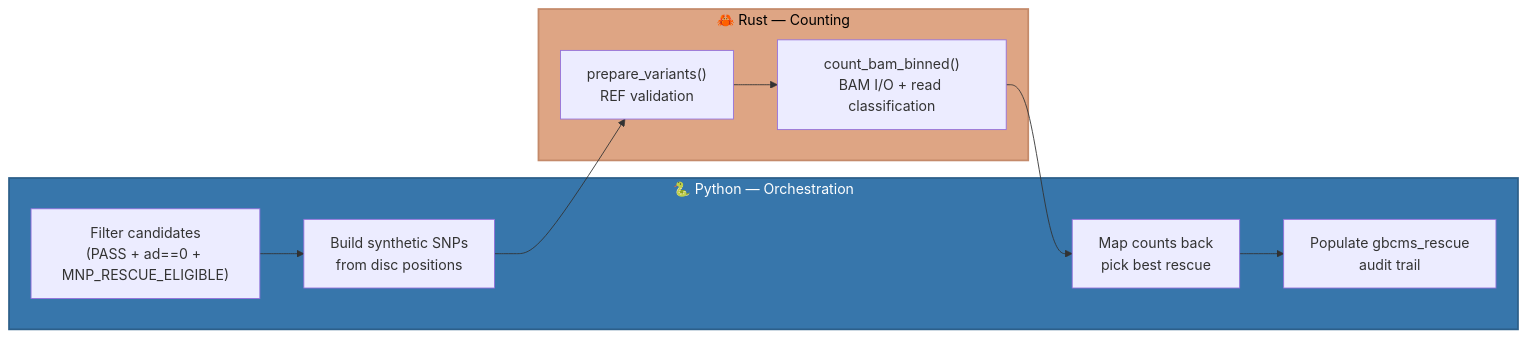
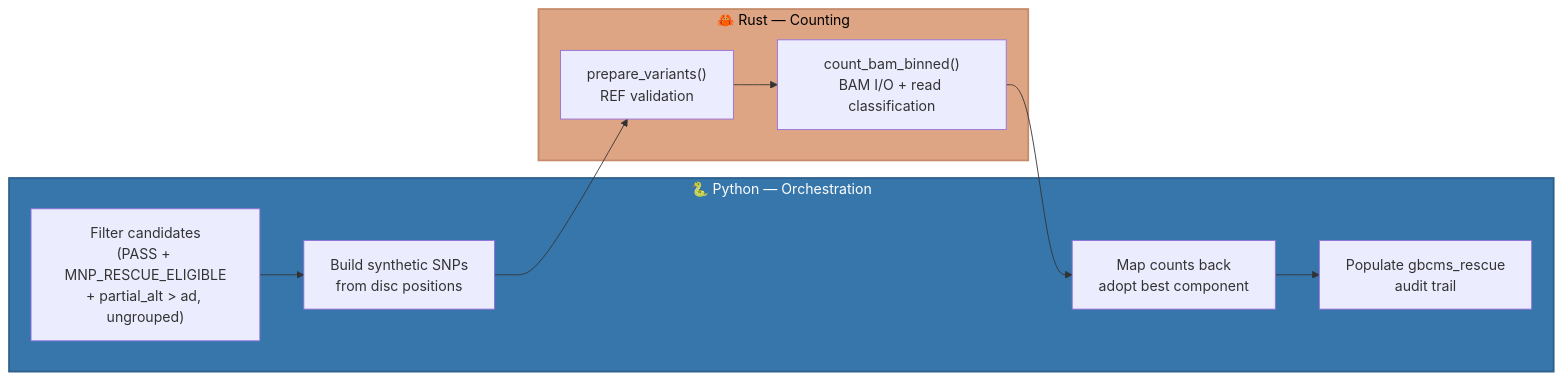
The seventh of 7 diagrams in docs/reference/architecture.md (msk-access/gbcms), drawn with Mermaid before and after one commit. The commit also changed other lines of this file and 10 other files, not shown here.

First line of the commit message:
docs(rescue): document the partial-dominance gate, row adoption and audit format

````diff
--- a/docs/reference/architecture.md
+++ b/docs/reference/architecture.md
@@ -345,23 +349,23 @@
 ```mermaid
 flowchart LR
     subgraph Python ["🐍 Python — Orchestration"]
-        Filter["Filter candidates\n(PASS + ad==0 + MNP_RESCUE_ELIGIBLE)"]
+        Filter["Filter candidates\n(PASS + MNP_RESCUE_ELIGIBLE\n+ partial_alt > ad, ungrouped)"]
         Build["Build synthetic SNPs\nfrom disc positions"]
-        Map["Map counts back\npick best rescue"]
+        Map["Map counts back\nadopt best component"]
         Audit["Populate gbcms_rescue\naudit trail"]
     end
 
     subgraph Rust ["🦀 Rust — Counting"]
         Prepare["prepare_variants()\nREF validation"]
         Count["count_bam_binned()\nBAM I/O + read classification"]
     end
 
     Filter --> Build --> Prepare
     Prepare --> Count
     Count --> Map --> Audit
 
     classDef pythonStyle fill:#3776ab,color:#fff,stroke:#2c5f8a,stroke-width:2px;
     classDef rustStyle fill:#dea584,color:#000,stroke:#c48a6a,stroke-width:2px;
     class Python pythonStyle;
     class Rust rustStyle;
 ```
````
